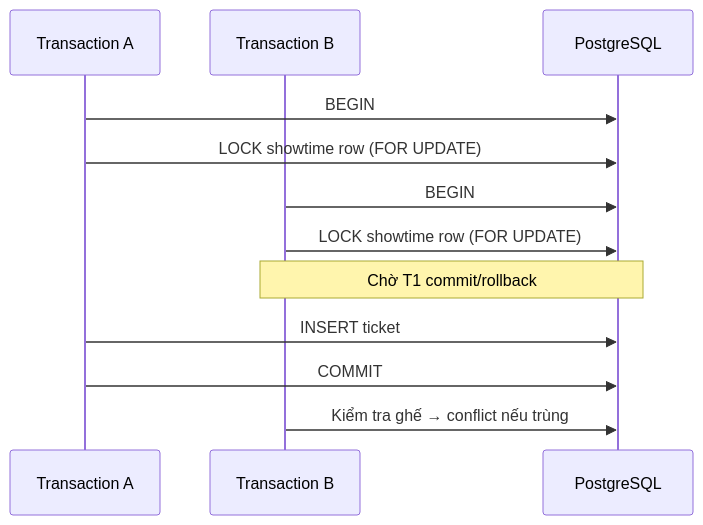
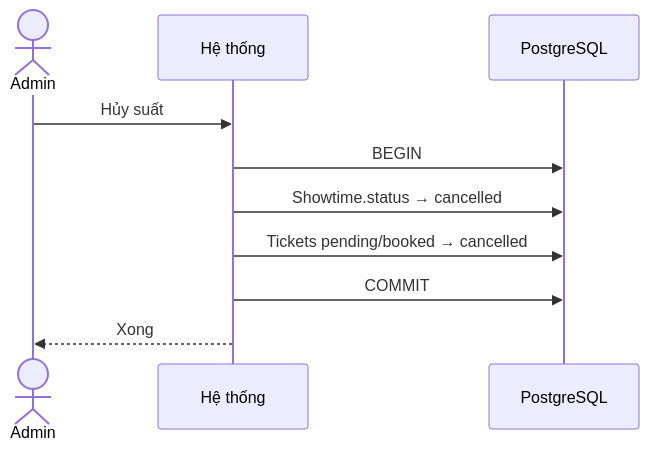
Before and after one commit to Hoangvu2911/SBU5_learnPython: the seventh of 10 diagrams in myproject/SPEC.md, drawn with Mermaid. The commit also changed other lines of this file, not shown here.

````diff
--- a/myproject/SPEC.md
+++ b/myproject/SPEC.md
@@ -331,15 +360,13 @@
 ```mermaid
 sequenceDiagram
-  participant T1 as Transaction A
-  participant T2 as Transaction B
-  participant PG as PostgreSQL
+  actor A as Admin
+  participant S as Hệ thống
+  participant DB as PostgreSQL
 
-  T1->>PG: BEGIN
-  T1->>PG: LOCK showtime row (FOR UPDATE)
-  T2->>PG: BEGIN
-  T2->>PG: LOCK showtime row (FOR UPDATE)
-  Note over T2,PG: Chờ T1 commit/rollback
-  T1->>PG: INSERT ticket
-  T1->>PG: COMMIT
-  T2->>PG: Kiểm tra ghế → conflict nếu trùng
+  A->>S: Hủy suất
+  S->>DB: BEGIN
+  S->>DB: Showtime.status → cancelled
+  S->>DB: Tickets pending/booked → cancelled
+  S->>DB: COMMIT
+  S-->>A: Xong
 ```
````
